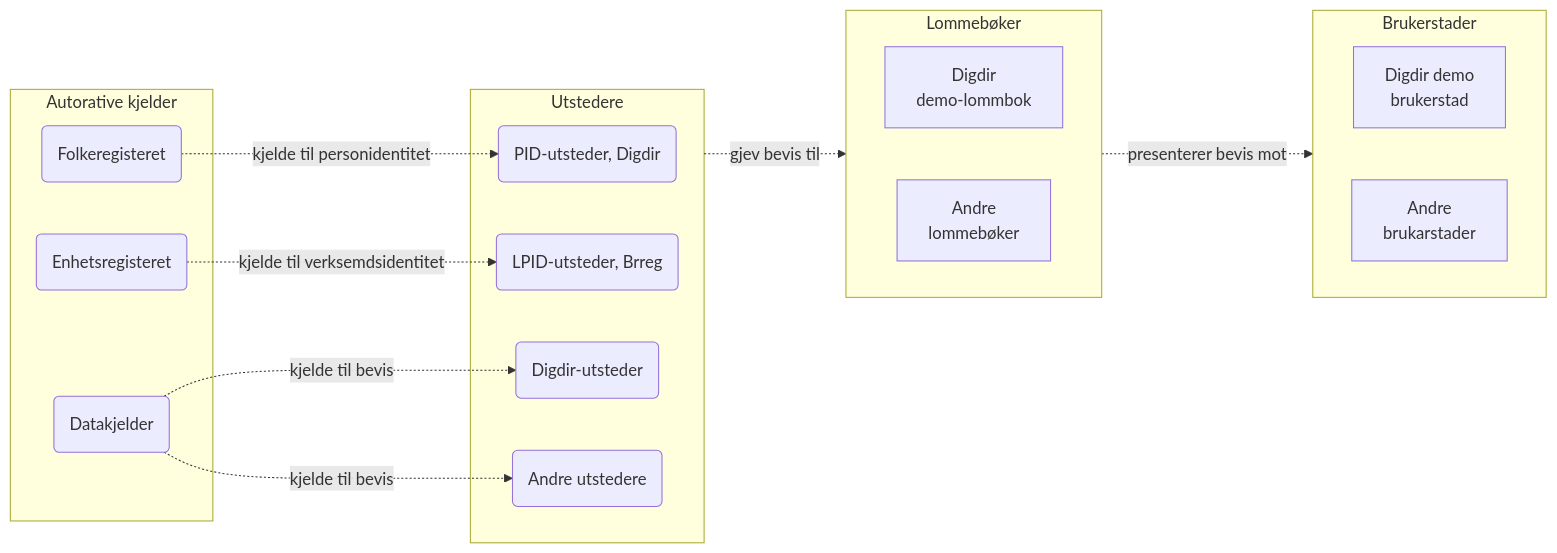
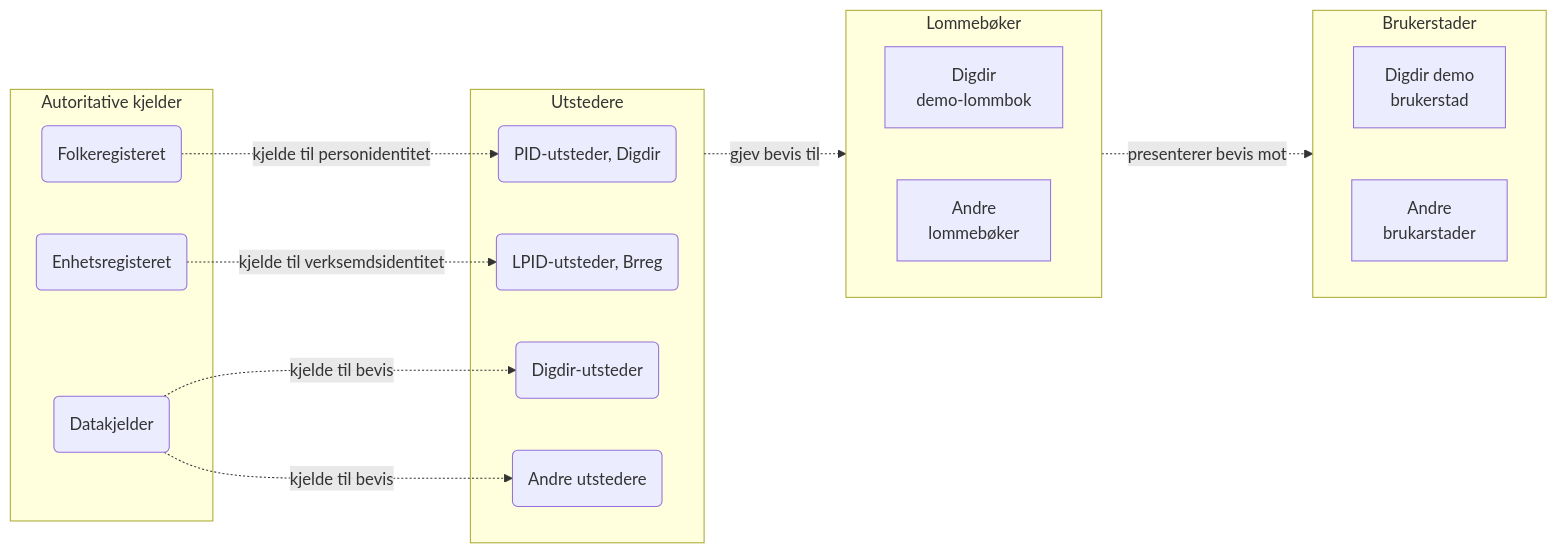
The second of 2 diagrams in _docs/lommebok/lommebok_arkitektur.md (felleslosninger/docs), drawn with Mermaid before and after one commit. The commit also changed 9 other files, not shown here.

```diff
--- a/_docs/lommebok/lommebok_arkitektur.md
+++ b/_docs/lommebok/lommebok_arkitektur.md
@@ -52,45 +52,45 @@
 <div class="mermaid">
 graph LR
-  subgraph AK [Autorative kjelder]
+  subgraph AK [Autoritative kjelder]
   F(Folkeregisteret)
   E(Enhetsregisteret)
   D(Datakjelder)
   end
 
   subgraph U [Utstedere]
   PID(PID-utsteder, Digdir)
   LPID(LPID-utsteder, Brreg)
   DI(Digdir-utsteder)
   I(Andre utstedere)
   end
 
   subgraph L [Lommebøker]
   direction LR
   DW["Digdir
 demo-lommbok"]
   W["Andre 
 lommebøker"]
   end
 
   subgraph B [Brukerstader]
   direction LR
   DRP["Digdir demo
 brukerstad"]
   RP["Andre
 brukarstader"]
   end
 
 
 
   F -. kjelde til personidentitet  .-> PID
   E -. kjelde til verksemdsidentitet .-> LPID
 
   D -. kjelde til bevis .-> DI
   D -. kjelde til bevis .-> I
 
   U -. gjev bevis til .-> L
 
   L -. presenterer bevis mot .-> B
 
 
 </div>
```
